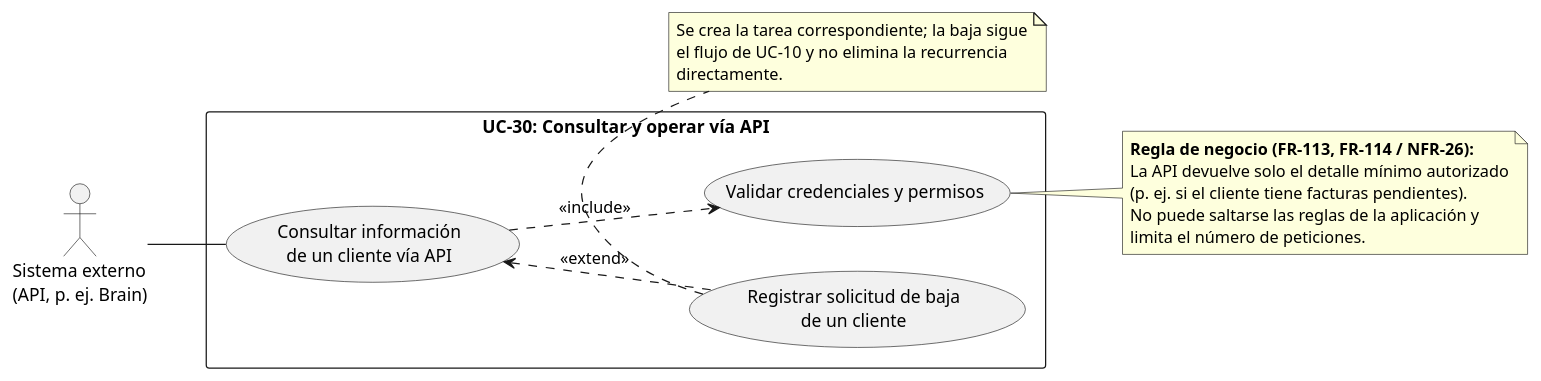
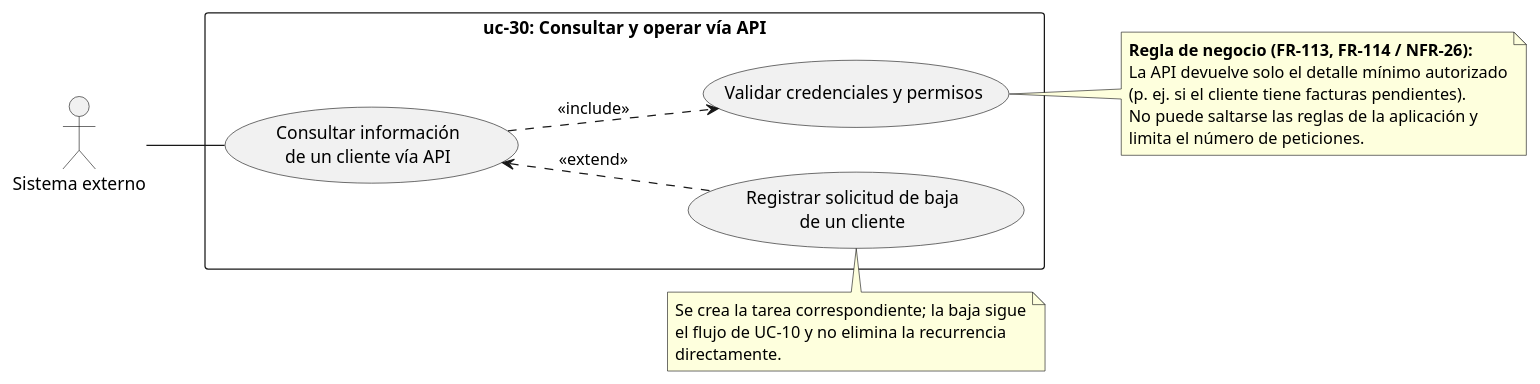
Before and after one commit to pablorv3/Hienitas-ADAP: the diagram in doc/src/casos-uso/uc-30-consultar-operar-api.pu, drawn with PlantUML. The commit also changed 28 other files, not shown here.

Commit message:
uml diagram fixes

```diff
--- a/doc/src/casos-uso/uc-30-consultar-operar-api.pu
+++ b/doc/src/casos-uso/uc-30-consultar-operar-api.pu
@@ -1,37 +1,37 @@
 @startuml uc-30
     left to right direction
     skinparam packageStyle rectangle
 
-    actor "Sistema externo\n(API, p. ej. Brain)" as API
+    actor "Sistema externo" as API
 
-    rectangle "UC-30: Consultar y operar vía API" {
+    rectangle "uc-30: Consultar y operar vía API" {
         usecase "Consultar información\nde un cliente vía API" as UC_Consultar
         usecase "Validar credenciales y permisos" as UC_Validar
         usecase "Registrar solicitud de baja\nde un cliente" as UC_Baja
 
         ' Inclusión obligatoria: toda petición se valida
         UC_Consultar ..> UC_Validar : <<include>>
 
         ' Flujo alternativo
         UC_Consultar <.. UC_Baja : <<extend>>
     }
 
     ' Nota sobre las reglas de la API
     note right of UC_Validar
     <b>Regla de negocio (FR-113, FR-114 / NFR-26):</b>
     La API devuelve solo el detalle mínimo autorizado
     (p. ej. si el cliente tiene facturas pendientes).
     No puede saltarse las reglas de la aplicación y
     limita el número de peticiones.
     end note
 
-    note bottom of UC_Baja
+    note top of UC_Baja
     Se crea la tarea correspondiente; la baja sigue
     el flujo de UC-10 y no elimina la recurrencia
     directamente.
     end note
 
     ' Asociación simple
     API -- UC_Consultar
 
 @enduml
```
